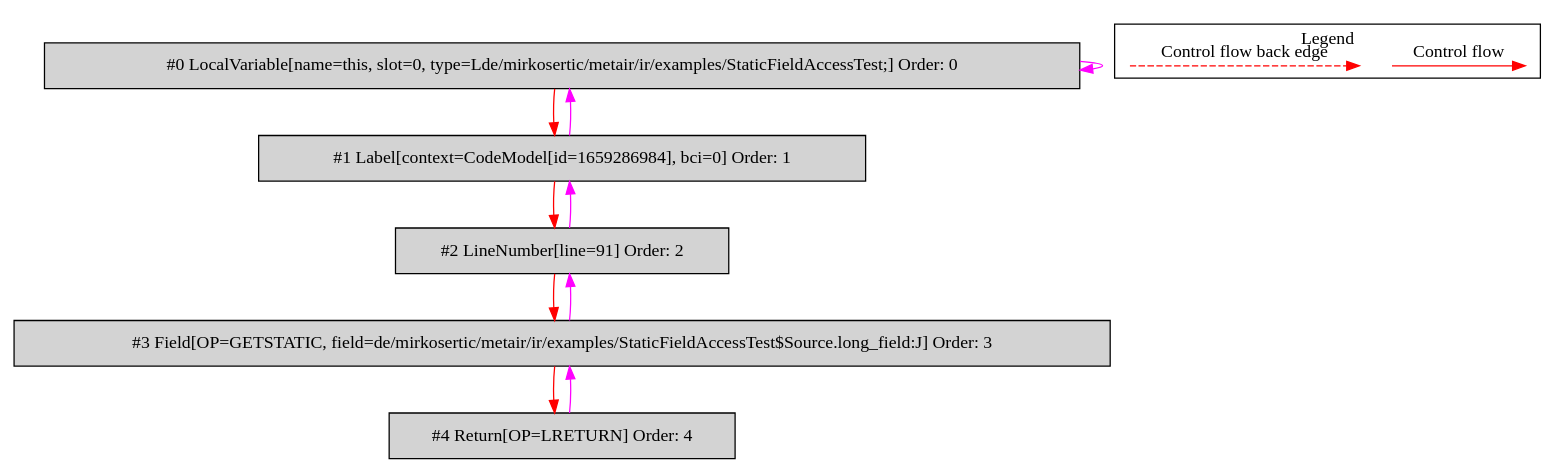
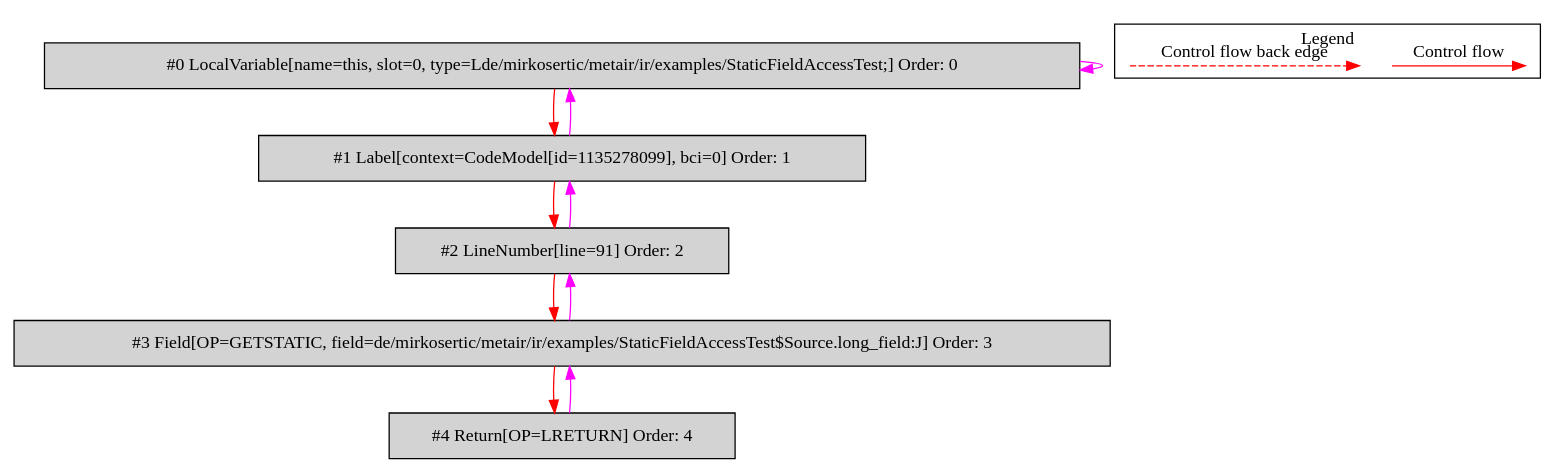
Before and after one commit to mirkosertic/MetaIR: the diagram in de.mirkosertic.metair.ir.examples.StaticFieldAccessTest/return_long/bytecodecfg.dot, drawn with Graphviz. The commit also changed 1204 other files, not shown here.

```diff
--- a/de.mirkosertic.metair.ir.examples.StaticFieldAccessTest/return_long/bytecodecfg.dot
+++ b/de.mirkosertic.metair.ir.examples.StaticFieldAccessTest/return_long/bytecodecfg.dot
@@ -1,31 +1,31 @@
 digraph {
  ordering="in";
  node0[label="#0 LocalVariable[name=this, slot=0, type=Lde/mirkosertic/metair/ir/examples/StaticFieldAccessTest;] Order: 0", shape=box, fillcolor=lightgrey, style=filled];
- node1[label="#1 Label[context=CodeModel[id=1659286984], bci=0] Order: 1", shape=box, fillcolor=lightgrey, style=filled];
+ node1[label="#1 Label[context=CodeModel[id=1135278099], bci=0] Order: 1", shape=box, fillcolor=lightgrey, style=filled];
  node2[label="#2 LineNumber[line=91] Order: 2", shape=box, fillcolor=lightgrey, style=filled];
  node3[label="#3 Field[OP=GETSTATIC, field=de/mirkosertic/metair/ir/examples/StaticFieldAccessTest$Source.long_field:J] Order: 3", shape=box, fillcolor=lightgrey, style=filled];
  node4[label="#4 Return[OP=LRETURN] Order: 4", shape=box, fillcolor=lightgrey, style=filled];
  node0 -> node0[color=fuchsia];
  node0 -> node1[color=red];
  node1 -> node0[color=fuchsia];
  node1 -> node2[color=red];
  node2 -> node1[color=fuchsia];
  node2 -> node3[color=red];
  node3 -> node2[color=fuchsia];
  node3 -> node4[color=red];
  node4 -> node3[color=fuchsia];
  subgraph cluster_000 {
   label = "Legend";
   node [shape=point]
   {
    rank=same;
    c0 [style = invis];
    c1 [style = invis];
    c2 [style = invis];
    c3 [style = invis];
   }
   c0 -> c1 [label="Control flow", style=solid, color=red]
   c2 -> c3 [label="Control flow back edge", style=dashed, color=red]
  }
 
 }
```
